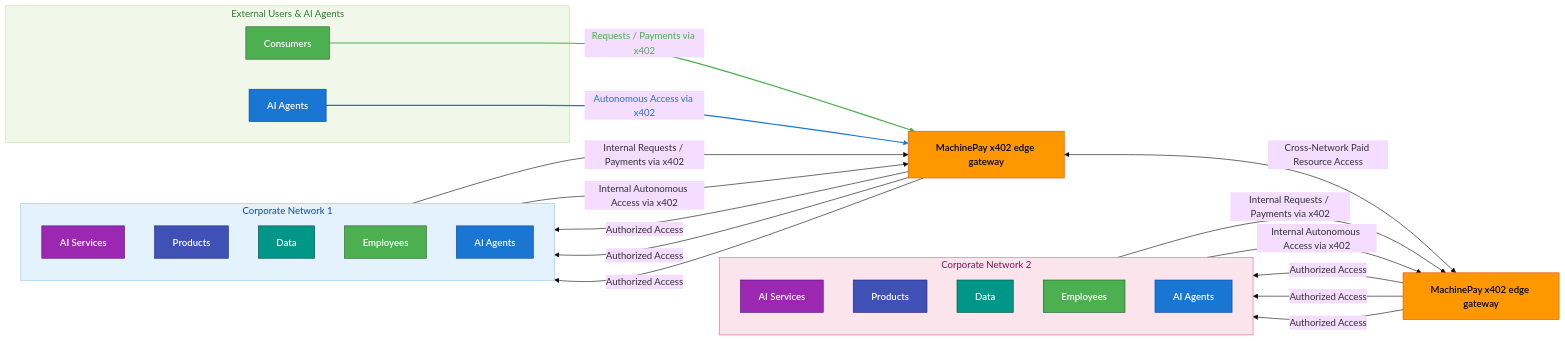
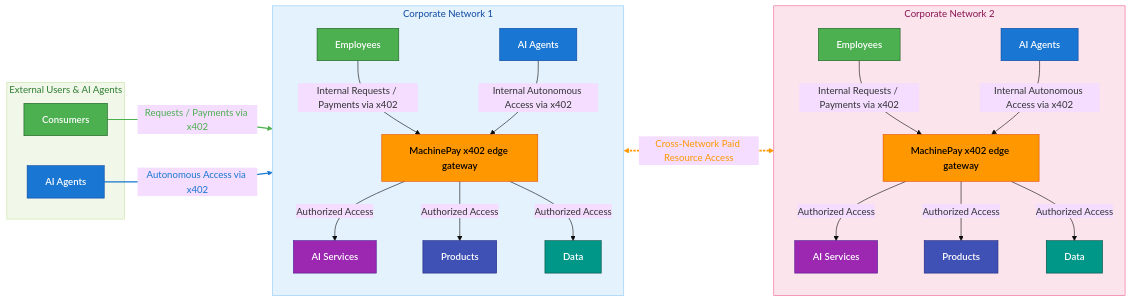
The diagram in README.md (skalenetwork/machinepal), drawn with Mermaid (base theme) before and after one commit.

Commit message:
Refine README network diagrams for clarity and accuracy

````diff
--- a/README.md
+++ b/README.md
@@ -61,13 +61,10 @@
 A1["AI Agents"]
 end
 
-    %% Gateways at boundary (moved outside corporate subgraphs)
-    MP["MachinePay x402 edge gateway"]
-    MP2["MachinePay x402 edge gateway"]
-
-    %% Corporate Network 1 (internal resources & users only)
+    %% Corporate Network 1
     subgraph Corporate_Network["Corporate Network 1"]
         direction TB
+        MP["MachinePay x402 edge gateway"]
         AI1["AI Services"]
         AI2["Products"]
         AI3["Data"]
@@ -75,9 +72,10 @@
         HA1["AI Agents"]
     end
 
-    %% Corporate Network 2 (internal resources & users only)
+    %% Corporate Network 2
     subgraph Corporate_Network_2["Corporate Network 2"]
         direction TB
+        MP2["MachinePay x402 edge gateway"]
         AI1B["AI Services"]
         AI2B["Products"]
         AI3B["Data"]
@@ -137,7 +135,9 @@
     style Corporate_Network_2 fill:#fce4ec,stroke:#f06292,color:#880e4f;
     style External_World fill:#f1f8e9,stroke:#c5e1a5,color:#2e7d32;
 
-    %% Link styling (external edges only for simplicity)
+    %% Link styling (external + aggregated cross-network)
     linkStyle 0 stroke:#4caf50,color:#4caf50,stroke-width:2px;
     linkStyle 1 stroke:#1976d2,color:#1976d2,stroke-width:2px;
+    %% Cross-network edge index (after preceding edges) is 12
+    linkStyle 12 stroke:#ff9800,color:#ff9800,stroke-width:3px,stroke-dasharray:4 2;
 ```
````
